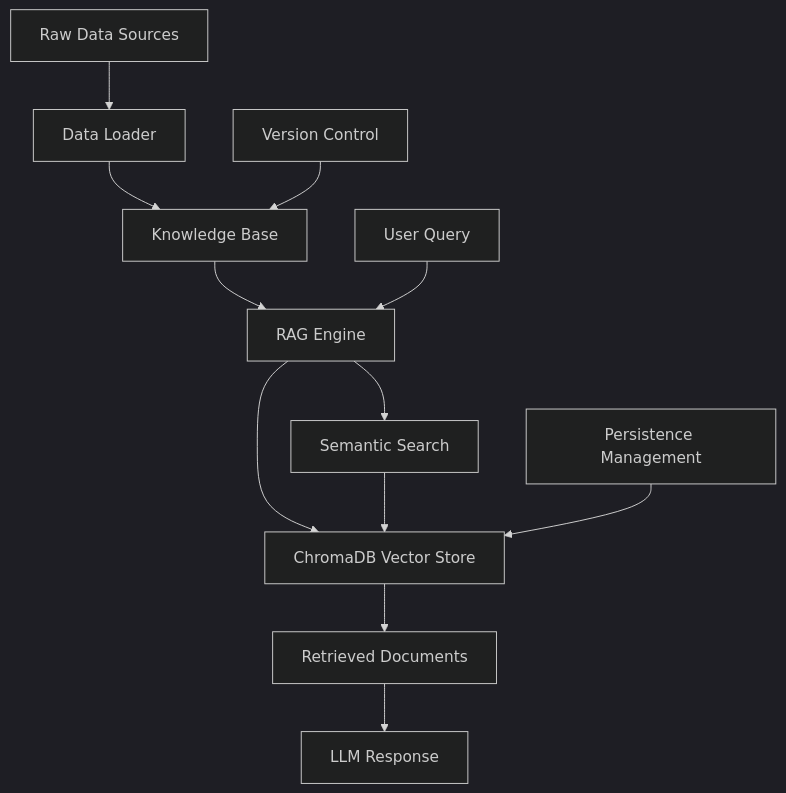
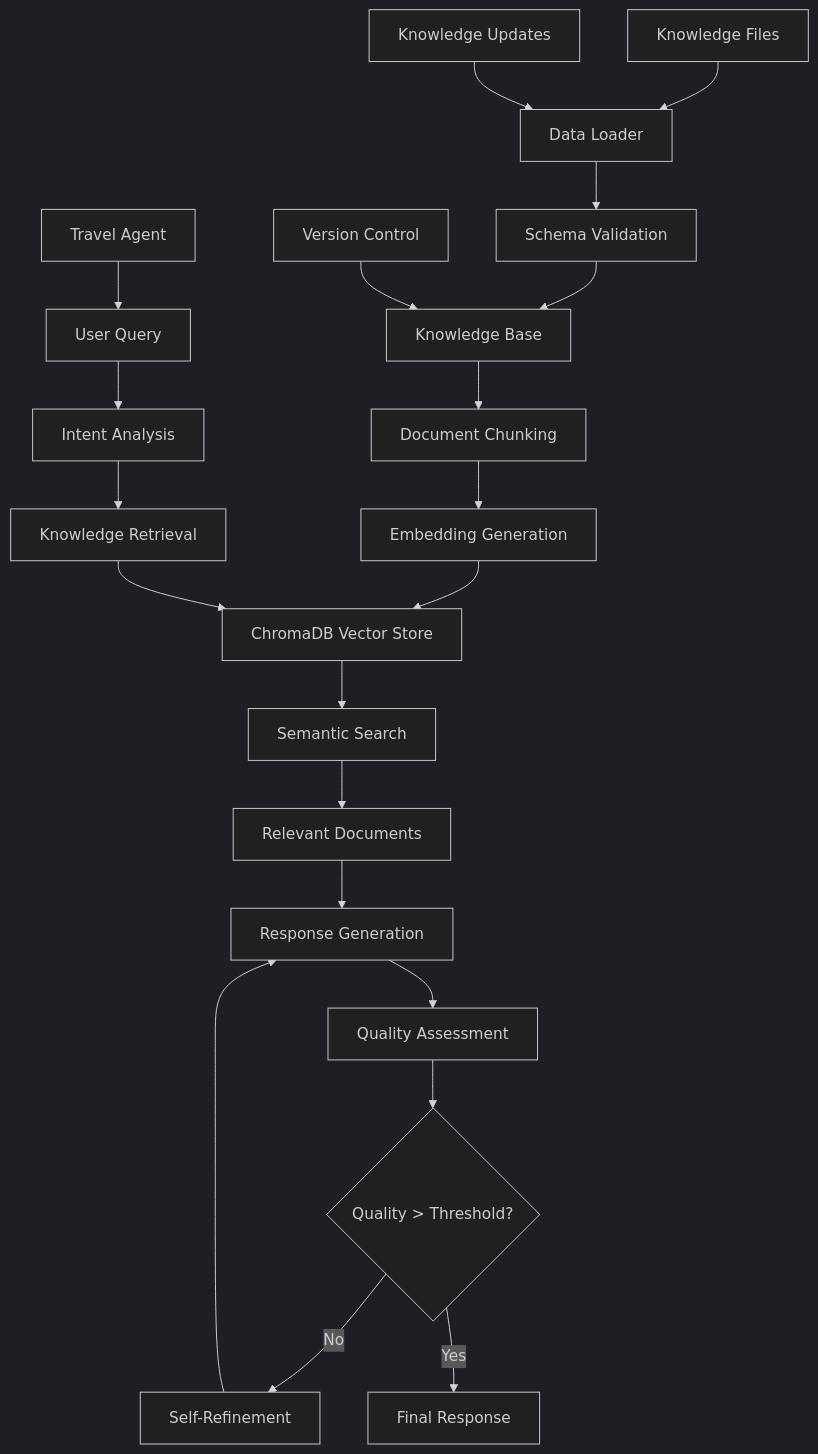
One commit to IronDumpling/mini-travel-assistant changed the diagram in app/knowledge/documents/README.md. Above: the diagram before and after it, drawn with Mermaid (dark theme). The commit also changed other lines of this file and 178 other files, not shown here.

````diff
--- a/app/knowledge/documents/README.md
+++ b/app/knowledge/documents/README.md
@@ -25,16 +62,25 @@
 ```mermaid
 graph TD
-    A[Raw Data Sources] --> B[Data Loader]
-    B --> C[Knowledge Base]
-    C --> D[RAG Engine]
-    D --> E[ChromaDB Vector Store]
+    A[Knowledge Files] --> B[Data Loader]
+    B --> C[Schema Validation]
+    C --> D[Knowledge Base]
+    D --> E[Document Chunking]
+    E --> F[Embedding Generation]
+    F --> G[ChromaDB Vector Store]
     
-    F[User Query] --> D
-    D --> G[Semantic Search]
-    G --> E
-    E --> H[Retrieved Documents]
-    H --> I[LLM Response]
+    H[Travel Agent] --> I[User Query]
+    I --> J[Intent Analysis]
+    J --> K[Knowledge Retrieval]
+    K --> G
+    G --> L[Semantic Search]
+    L --> M[Relevant Documents]
+    M --> N[Response Generation]
+    N --> O[Quality Assessment]
+    O --> P{Quality > Threshold?}
+    P -->|No| Q[Self-Refinement]
+    Q --> N
+    P -->|Yes| R[Final Response]
     
-    J[Version Control] --> C
-    K[Persistence Management] --> E
+    S[Knowledge Updates] --> B
+    T[Version Control] --> D
 ```
````
